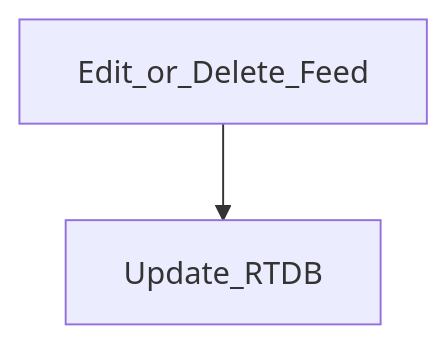
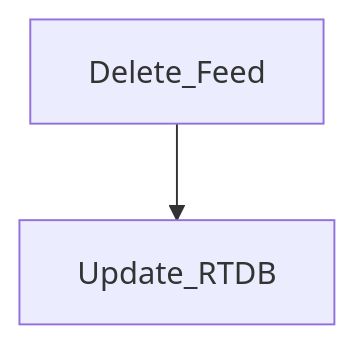
One commit to thruthesky/fireflutter changed the second of 3 diagrams in README.md. Above: the diagram before and after it, drawn with Mermaid. The commit also changed other lines of this file and 2 other files, not shown here.

Commit message:
update on list view

````diff
--- a/README.md
+++ b/README.md
@@ -559,4 +559,4 @@
 ```mermaid
 flowchart TD
-Edit_or_Delete_Feed-->Update_RTDB
+Delete_Feed-->Update_RTDB
 ```
````
